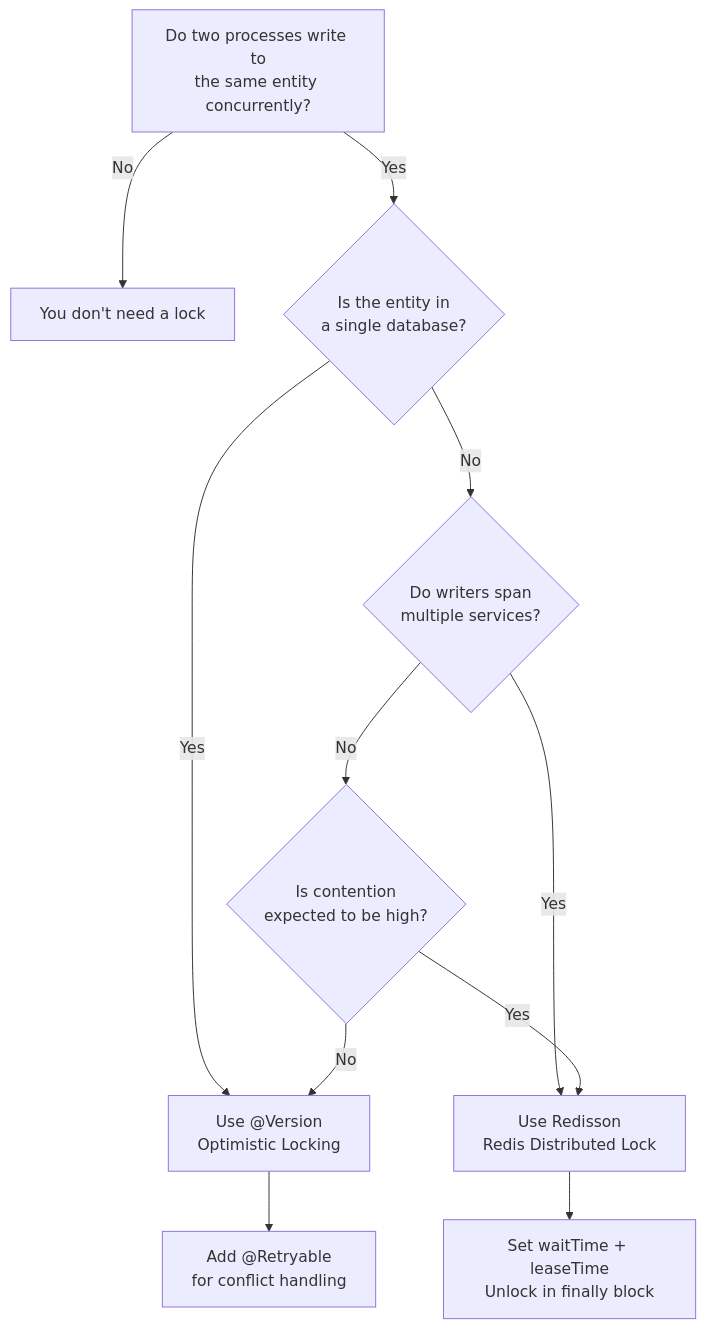
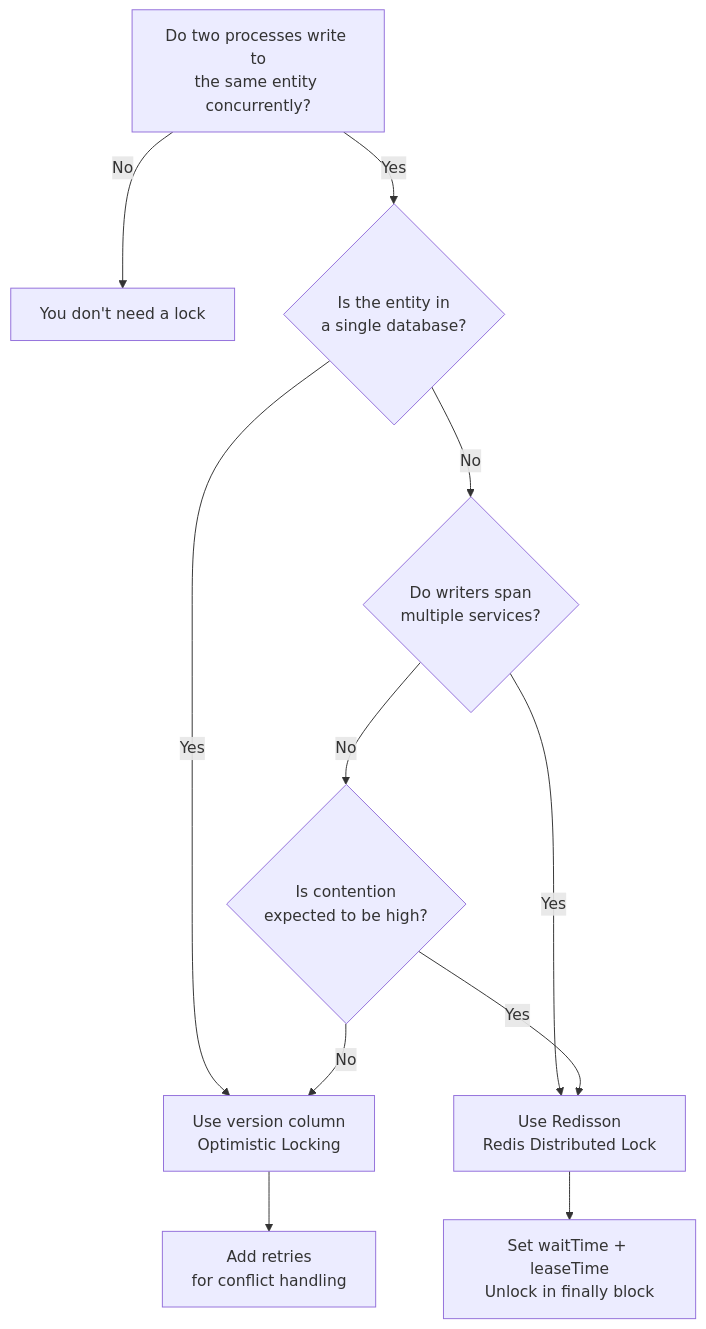
One commit to rishikeshdhokare/platform-manifesto changed the fourth of 4 diagrams in 06-developer-guides/07-distributed-locking.md. Above: the diagram before and after it, drawn with Mermaid. The commit also changed other lines of this file and 64 other files, not shown here.

````diff
--- a/06-developer-guides/07-distributed-locking.md
+++ b/06-developer-guides/07-distributed-locking.md
@@ -405,15 +407,15 @@
 ```mermaid
 flowchart TD
     A[Do two processes write to\nthe same entity concurrently?] -->|No| B[You don't need a lock]
     A -->|Yes| C{Is the entity in\na single database?}
-    C -->|Yes| D[Use @Version\nOptimistic Locking]
+    C -->|Yes| D[Use version column\nOptimistic Locking]
     C -->|No| E{Do writers span\nmultiple services?}
     E -->|Yes| F[Use Redisson\nRedis Distributed Lock]
     E -->|No| G{Is contention\nexpected to be high?}
     G -->|Yes| F
     G -->|No| D
 
-    D --> H[Add @Retryable\nfor conflict handling]
+    D --> H[Add retries\nfor conflict handling]
     F --> I[Set waitTime + leaseTime\nUnlock in finally block]
 
 ```
````
